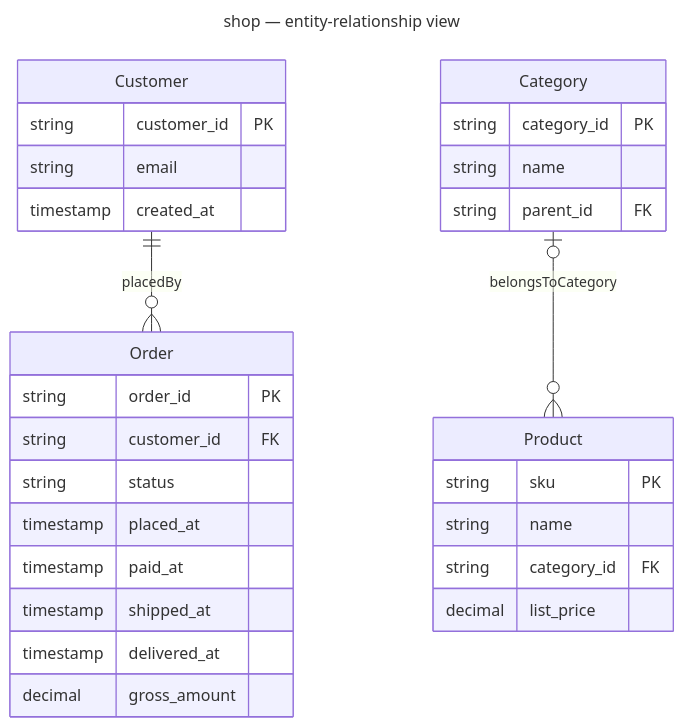
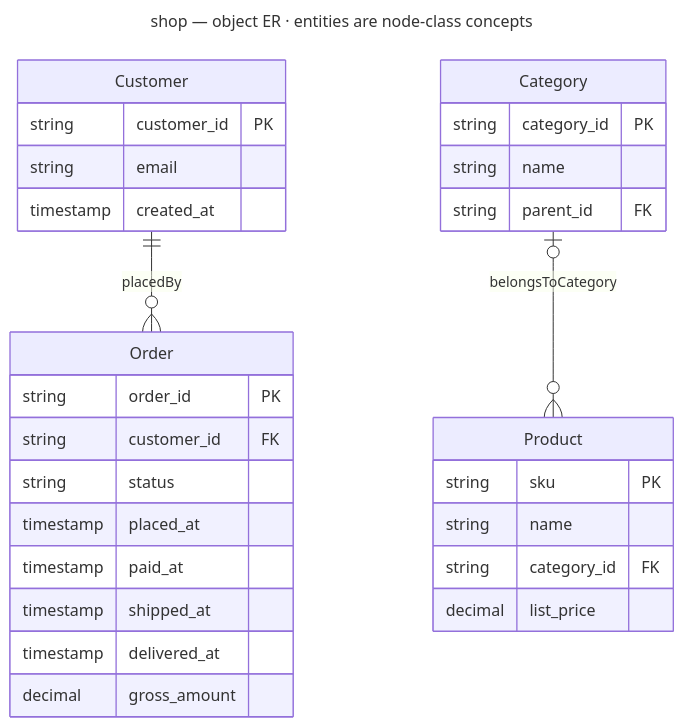
The diagram in example_shop_ontology/projections/shop.er.mmd (d6z7/meaning-as-code), drawn with Mermaid before and after one commit. The commit also changed 94 other files, not shown here.

```diff
--- a/example_shop_ontology/projections/shop.er.mmd
+++ b/example_shop_ontology/projections/shop.er.mmd
@@ -1,32 +1,32 @@
 ---
-title: shop — entity-relationship view
+title: shop — object ER · entities are node-class concepts
 ---
 erDiagram
   Customer ||--o{ Order : "placedBy"
   Category |o--o{ Product : "belongsToCategory"
   Category {
     string category_id PK
     string name
     string parent_id FK
   }
   Product {
     string sku PK
     string name
     string category_id FK
     decimal list_price
   }
   Customer {
     string customer_id PK
     string email
     timestamp created_at
   }
   Order {
     string order_id PK
     string customer_id FK
     string status
     timestamp placed_at
     timestamp paid_at
     timestamp shipped_at
     timestamp delivered_at
     decimal gross_amount
   }
```
